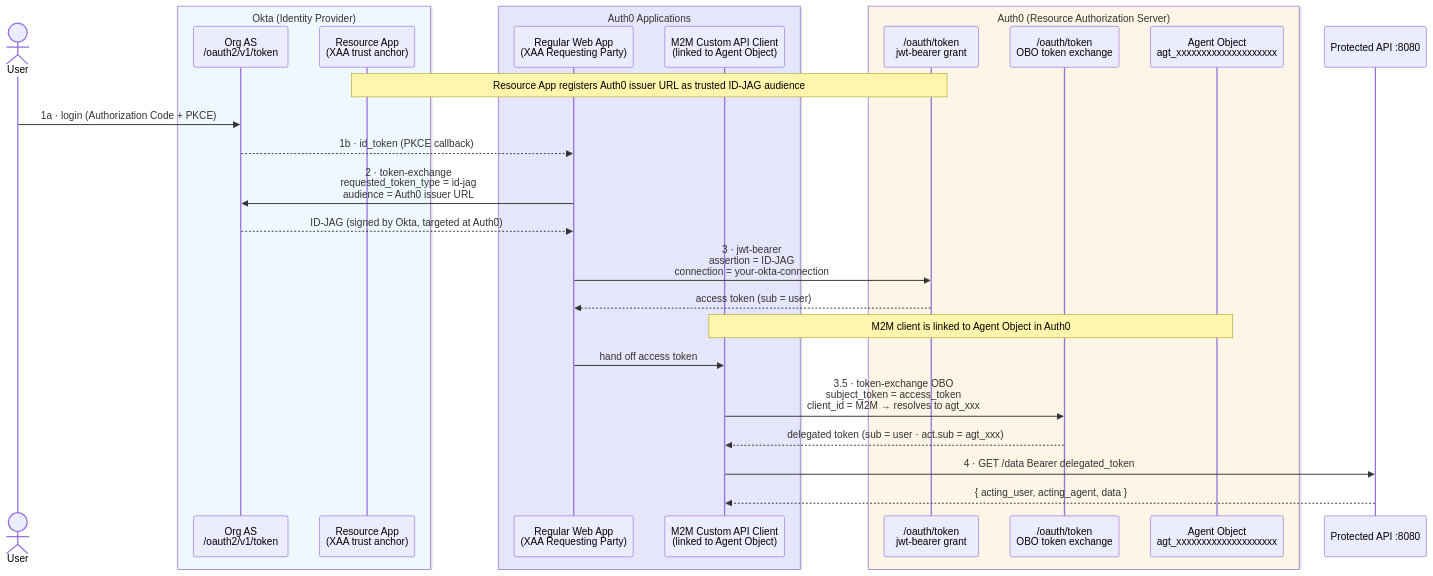
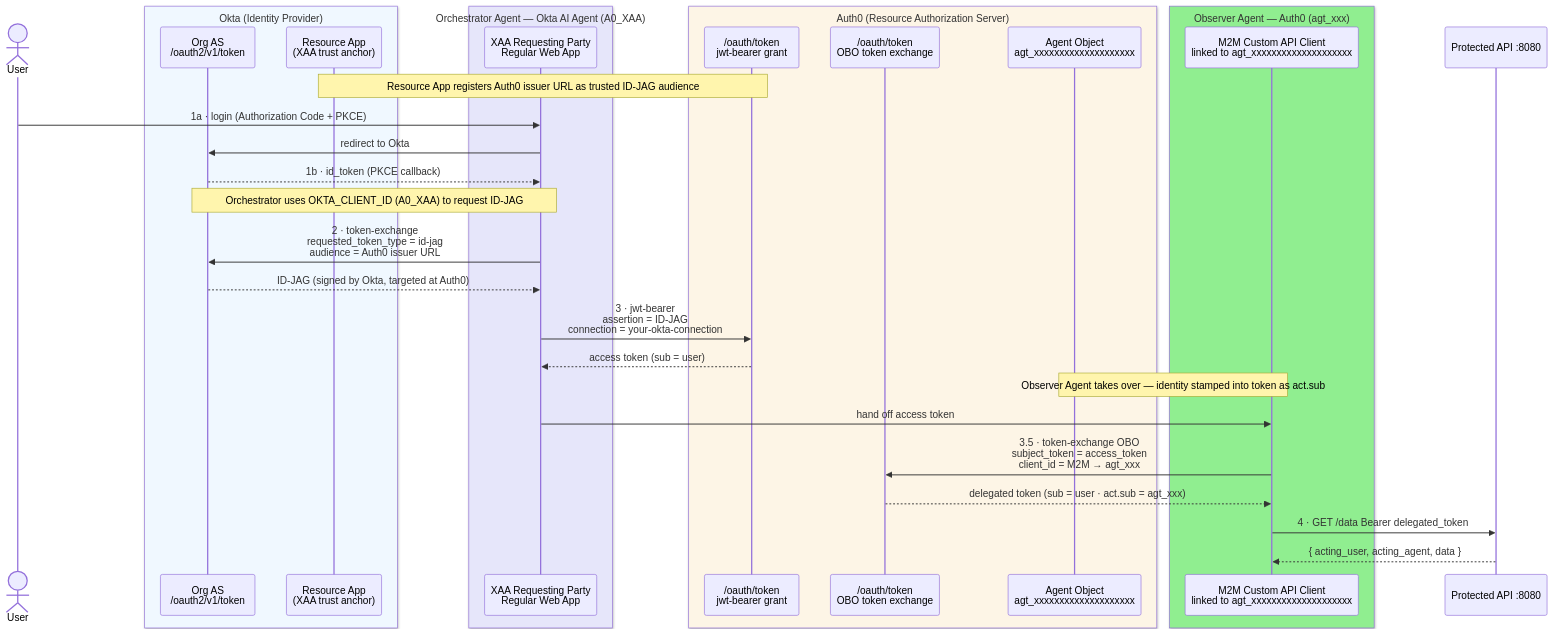
One commit to patilkapil/a0_xaa_agent_principal changed the diagram in README.md. Above: the diagram before and after it, drawn with Mermaid. The commit also changed other lines of this file and 1 other file, not shown here.

Commit message:
Updating the README file and mermaid diagram

````diff
--- a/README.md
+++ b/README.md
@@ -35,41 +43,46 @@
 ```mermaid
 sequenceDiagram
     actor User
 
     box AliceBlue Okta (Identity Provider)
         participant OrgAS as Org AS<br/>/oauth2/v1/token
         participant ResApp as Resource App<br/>(XAA trust anchor)
     end
 
-    box Lavender Auth0 Applications
-        participant RWA as Regular Web App<br/>(XAA Requesting Party)
-        participant M2M as M2M Custom API Client<br/>(linked to Agent Object)
+    box Lavender Orchestrator Agent — Okta AI Agent (A0_XAA)
+        participant RWA as XAA Requesting Party<br/>Regular Web App
     end
 
     box OldLace Auth0 (Resource Authorization Server)
         participant A0JWT as /oauth/token<br/>jwt-bearer grant
         participant A0OBO as /oauth/token<br/>OBO token exchange
-        participant Agent as Agent Object<br/>agt_xxxxxxxxxxxxxxxxxxxx
+        participant AgentObj as Agent Object<br/>agt_xxxxxxxxxxxxxxxxxxxx
+    end
+
+    box LightGreen Observer Agent — Auth0 (agt_xxx)
+        participant M2M as M2M Custom API Client<br/>linked to agt_xxxxxxxxxxxxxxxxxxxx
     end
 
     participant API as Protected API :8080
 
     Note over ResApp,A0JWT: Resource App registers Auth0 issuer URL as trusted ID-JAG audience
 
-    User->>OrgAS: 1a · login (Authorization Code + PKCE)
+    User->>RWA: 1a · login (Authorization Code + PKCE)
+    RWA->>OrgAS: redirect to Okta
     OrgAS-->>RWA: 1b · id_token (PKCE callback)
 
+    Note over RWA,OrgAS: Orchestrator uses OKTA_CLIENT_ID (A0_XAA) to request ID-JAG
     RWA->>OrgAS: 2 · token-exchange<br/>requested_token_type = id-jag<br/>audience = Auth0 issuer URL
     OrgAS-->>RWA: ID-JAG (signed by Okta, targeted at Auth0)
 
     RWA->>A0JWT: 3 · jwt-bearer<br/>assertion = ID-JAG<br/>connection = your-okta-connection
     A0JWT-->>RWA: access token (sub = user)
 
-    Note over M2M,Agent: M2M client is linked to Agent Object in Auth0
+    Note over M2M,AgentObj: Observer Agent takes over — identity stamped into token as act.sub
     RWA->>M2M: hand off access token
-    M2M->>A0OBO: 3.5 · token-exchange OBO<br/>subject_token = access_token<br/>client_id = M2M → resolves to agt_xxx
+    M2M->>A0OBO: 3.5 · token-exchange OBO<br/>subject_token = access_token<br/>client_id = M2M → agt_xxx
     A0OBO-->>M2M: delegated token (sub = user · act.sub = agt_xxx)
 
     M2M->>API: 4 · GET /data  Bearer delegated_token
     API-->>M2M: { acting_user, acting_agent, data }
 ```
````
